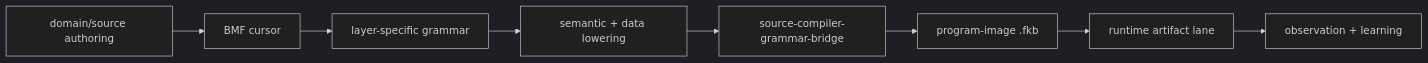
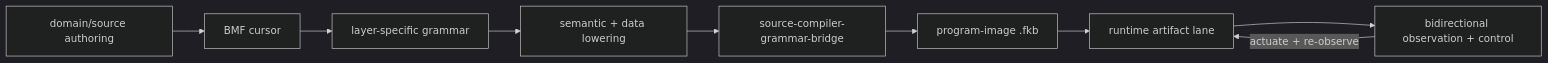
Before and after one commit to seeker71/coherence-kernel: the diagram in HOMECOMING.md, drawn with Mermaid (dark theme). The commit also changed other lines of this file and 24 other files, not shown here.

````diff
--- a/HOMECOMING.md
+++ b/HOMECOMING.md
@@ -39,13 +39,14 @@
 ```mermaid
 flowchart LR
     Source["domain/source authoring"]
     Cursor["BMF cursor"]
     Grammar["layer-specific grammar"]
     Lower["semantic + data lowering"]
     Bridge["source-compiler-grammar-bridge"]
     FKB["program-image .fkb"]
     Runtime["runtime artifact lane"]
-    Observe["observation + learning"]
+    Observe["bidirectional observation + control"]
 
     Source --> Cursor --> Grammar --> Lower --> Bridge --> FKB --> Runtime --> Observe
+    Observe -->|"actuate + re-observe"| Runtime
 ```
````
